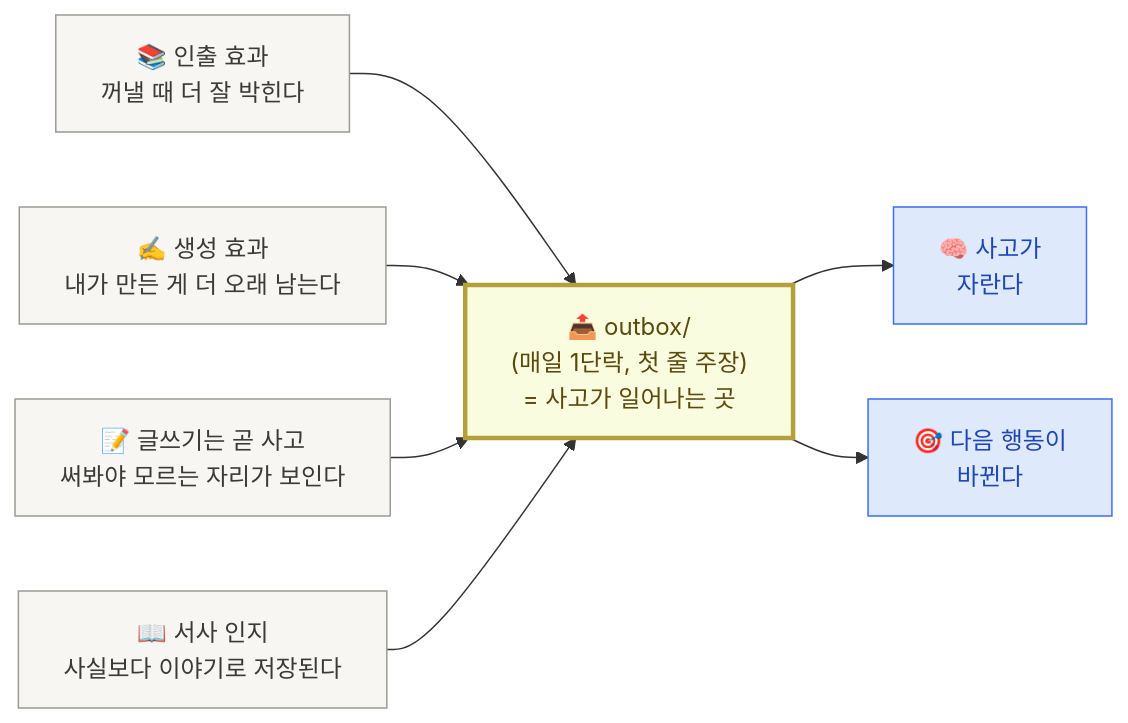
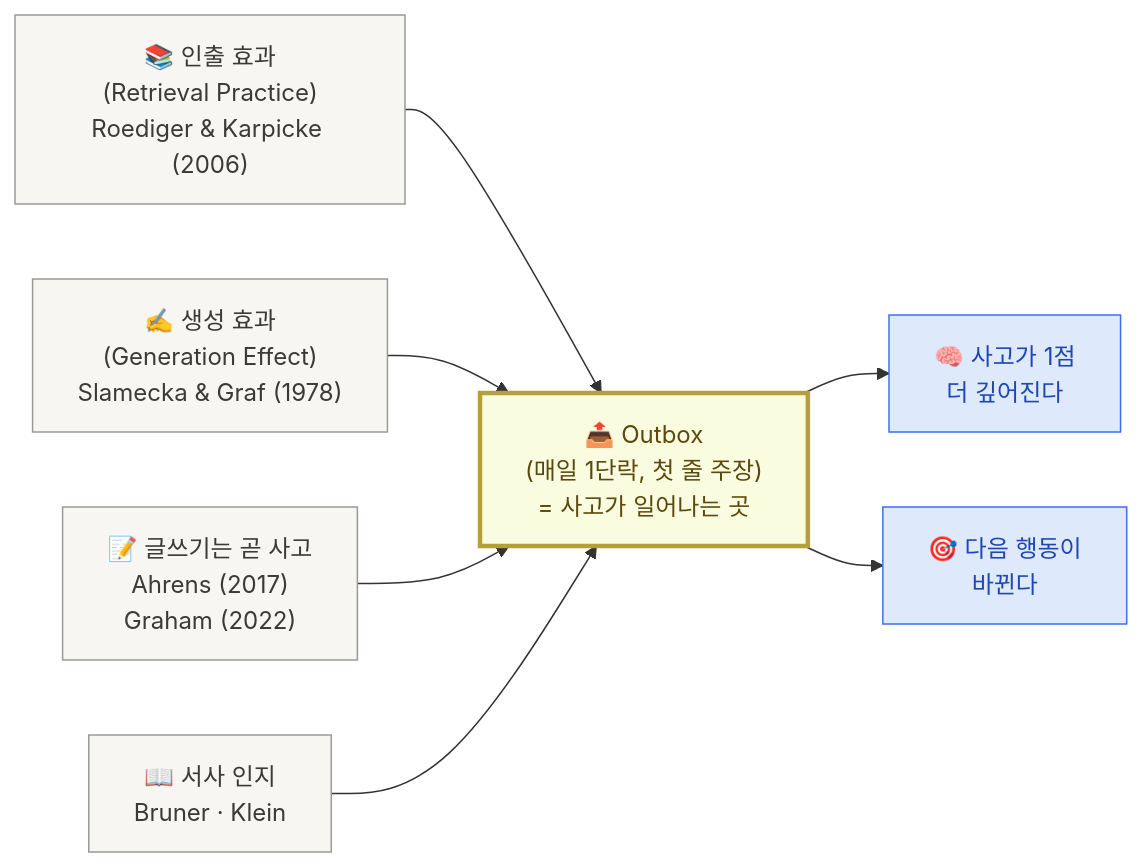
The second of 2 diagrams in content/mechanism.mdx (imakerjun/ai-learning-agent-workshop), drawn with Mermaid before and after one commit. The commit also changed other lines of this file and 31 other files, not shown here.

````diff
--- a/content/mechanism.mdx
+++ b/content/mechanism.mdx
@@ -122,26 +113,26 @@
 ```mermaid
 flowchart LR
-    R["📚 인출 효과<br/>꺼낼 때 더 잘 박힌다"]
-    G["✍️ 생성 효과<br/>내가 만든 게 더 오래 남는다"]
-    A["📝 글쓰기는 곧 사고<br/>써봐야 모르는 자리가 보인다"]
-    N["📖 서사 인지<br/>사실보다 이야기로 저장된다"]
+    R["📚 인출 효과<br/>(Retrieval Practice)<br/>Roediger & Karpicke (2006)"]
+    G["✍️ 생성 효과<br/>(Generation Effect)<br/>Slamecka & Graf (1978)"]
+    A["📝 글쓰기는 곧 사고<br/>Ahrens (2017)<br/>Graham (2022)"]
+    N["📖 서사 인지<br/>Bruner · Klein"]
 
-    Out["📤 outbox/<br/>(매일 1단락, 첫 줄 주장)<br/>= 사고가 일어나는 곳"]
+    Out["📤 Outbox<br/>(매일 1단락, 첫 줄 주장)<br/>= 사고가 일어나는 곳"]
 
-    Think["🧠 사고가<br/>자란다"]
+    Think["🧠 사고가 1점<br/>더 깊어진다"]
     Act["🎯 다음 행동이<br/>바뀐다"]
 
     R --> Out
     G --> Out
     A --> Out
     N --> Out
     Out --> Think
     Out --> Act
 
     classDef src fill:#f7f6f3,stroke:#9b9a97,color:#3a3a37
     classDef out fill:#fafce0,stroke:#b59f3b,stroke-width:3px,color:#5b4a0e
     classDef result fill:#dee9fb,stroke:#3d6ff2,color:#1f47b3
     class R,G,A,N src
     class Out out
     class Think,Act result
 ```
````
